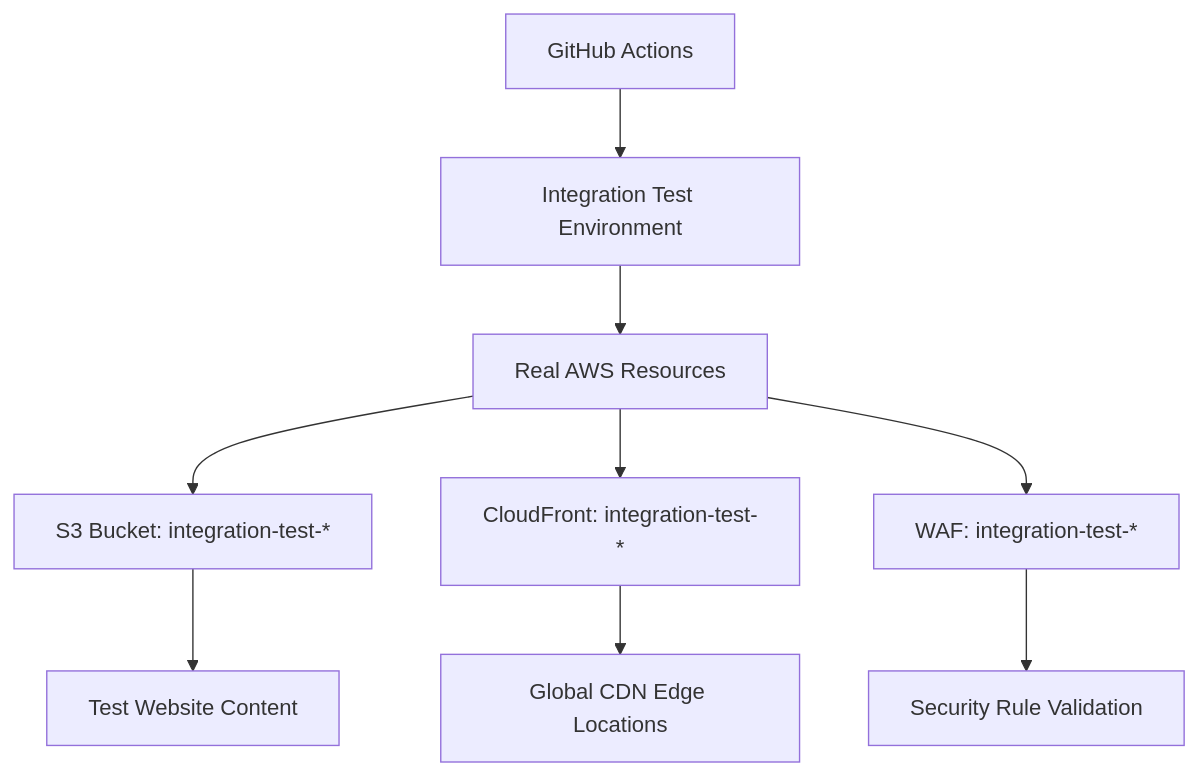
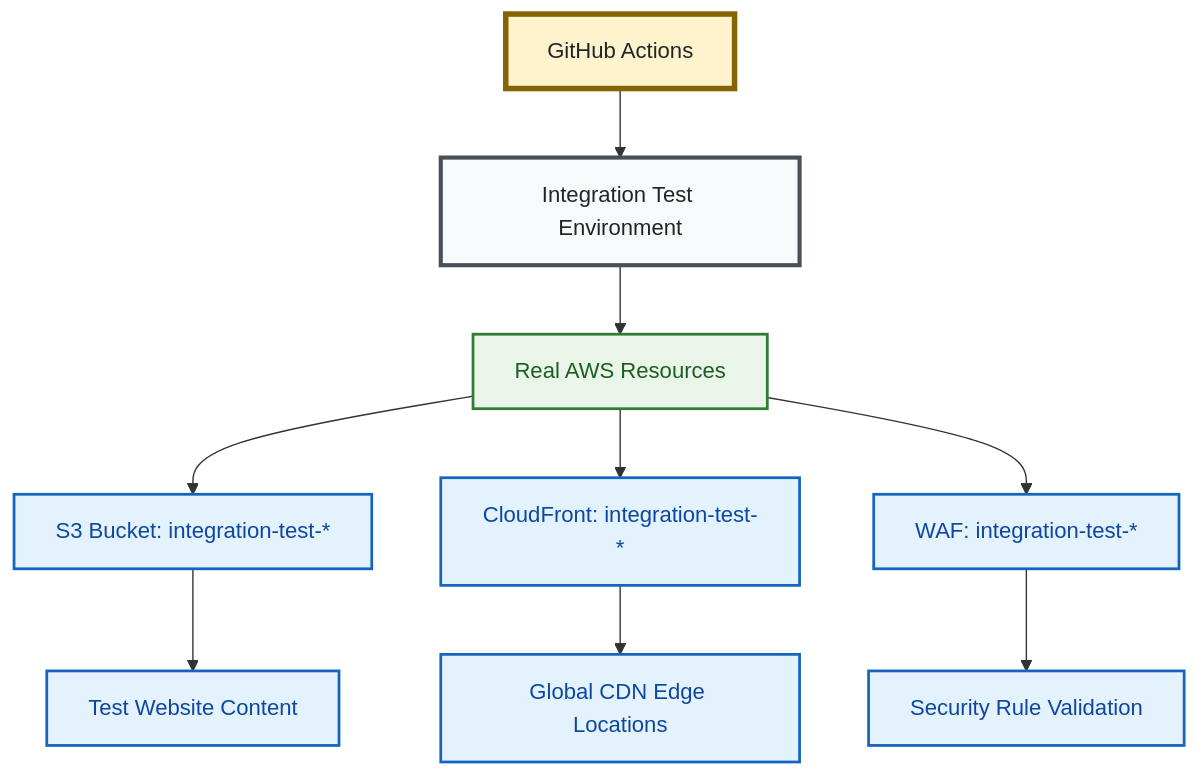
Before and after one commit to Celtikill/static-site: the diagram in docs/integration-testing.md, drawn with Mermaid. The commit also changed 11 other files, not shown here.

````diff
--- a/docs/integration-testing.md
+++ b/docs/integration-testing.md
@@ -75,11 +75,26 @@
 ```mermaid
 graph TB
+    %% Accessibility
+    accTitle: Integration Test Environment Strategy
+    accDescr: Shows how GitHub Actions creates isolated integration test environments with real AWS resources including S3 buckets, CloudFront distributions, and WAF rules. Test environment deploys test website content to global CDN edge locations and validates security rules.
+    
     A[GitHub Actions] --> B[Integration Test Environment]
     B --> C[Real AWS Resources]
     C --> D[S3 Bucket: integration-test-*]
     C --> E[CloudFront: integration-test-*]
     C --> F[WAF: integration-test-*]
     D --> G[Test Website Content]
     E --> H[Global CDN Edge Locations]
     F --> I[Security Rule Validation]
+    
+    %% High-Contrast Styling for Accessibility
+    classDef actionsBox fill:#fff3cd,stroke:#856404,stroke-width:4px,color:#212529
+    classDef envBox fill:#f8f9fa,stroke:#495057,stroke-width:3px,color:#212529
+    classDef resourceBox fill:#e8f5e8,stroke:#2e7d32,stroke-width:2px,color:#1b5e20
+    classDef serviceBox fill:#e3f2fd,stroke:#1565c0,stroke-width:2px,color:#0d47a1
+    
+    class A actionsBox
+    class B envBox
+    class C resourceBox
+    class D,E,F,G,H,I serviceBox
 ```
````
